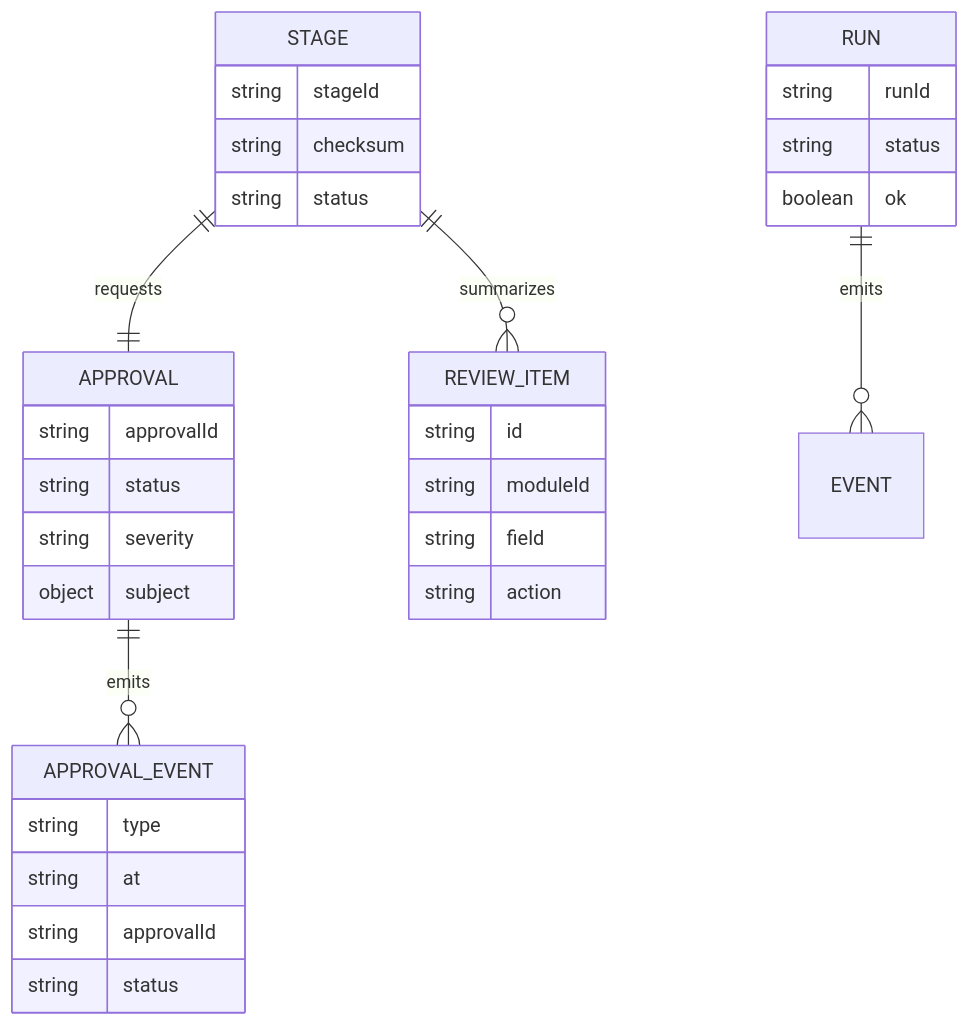
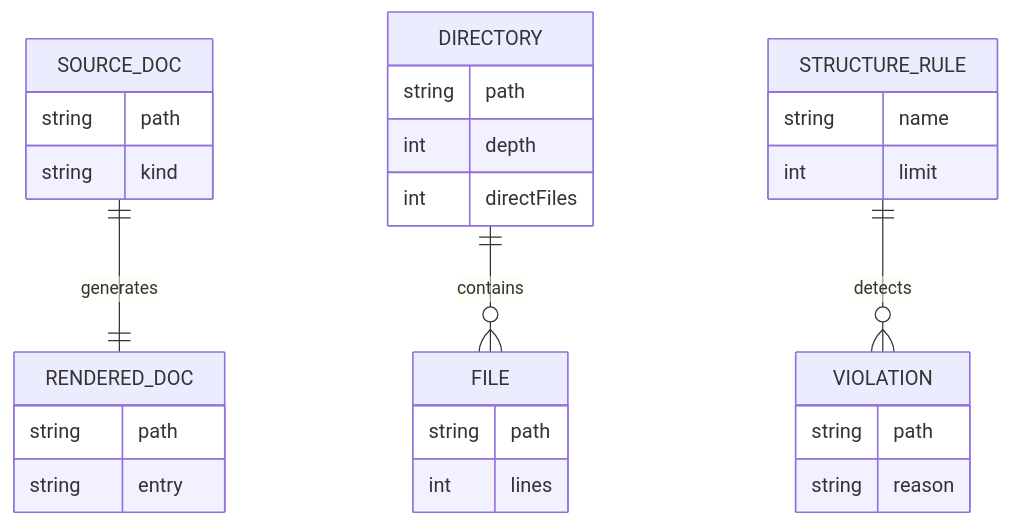
The seventh of 9 diagrams in docs/implementation-architecture.md (mayf3/myclaw), drawn with Mermaid before and after one commit. The commit also changed other lines of this file and 37 other files, not shown here.

````diff
--- a/docs/implementation-architecture.md
+++ b/docs/implementation-architecture.md
@@ -204,13 +180,13 @@
 ```mermaid
 erDiagram
-  STAGE ||--|| APPROVAL : requests
-  APPROVAL ||--o{ APPROVAL_EVENT : emits
-  STAGE ||--o{ REVIEW_ITEM : summarizes
-  RUN ||--o{ EVENT : emits
+  SOURCE_DOC ||--|| RENDERED_DOC : generates
+  DIRECTORY ||--o{ FILE : contains
+  STRUCTURE_RULE ||--o{ VIOLATION : detects
 
-  STAGE { string stageId string checksum string status }
-  APPROVAL { string approvalId string status string severity object subject }
-  APPROVAL_EVENT { string type string at string approvalId string status }
-  REVIEW_ITEM { string id string moduleId string field string action }
-  RUN { string runId string status boolean ok }
+  SOURCE_DOC { string path string kind }
+  RENDERED_DOC { string path string entry }
+  DIRECTORY { string path int depth int directFiles }
+  FILE { string path int lines }
+  STRUCTURE_RULE { string name int limit }
+  VIOLATION { string path string reason }
 ```
````
